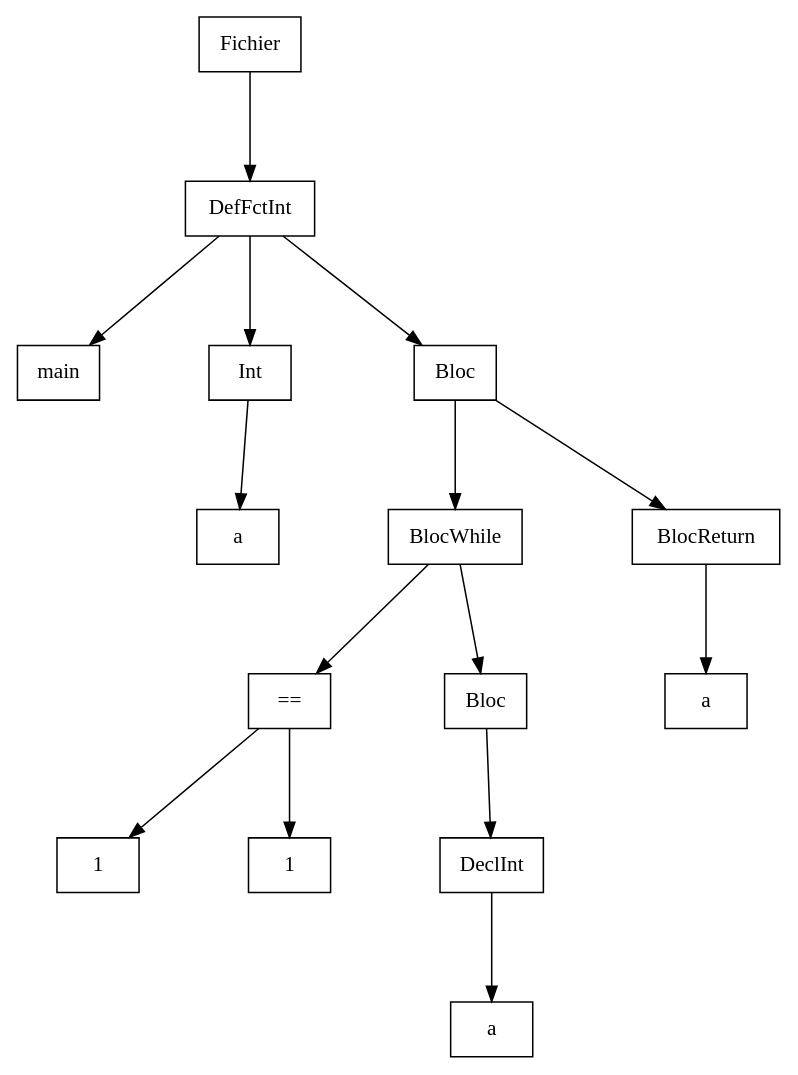
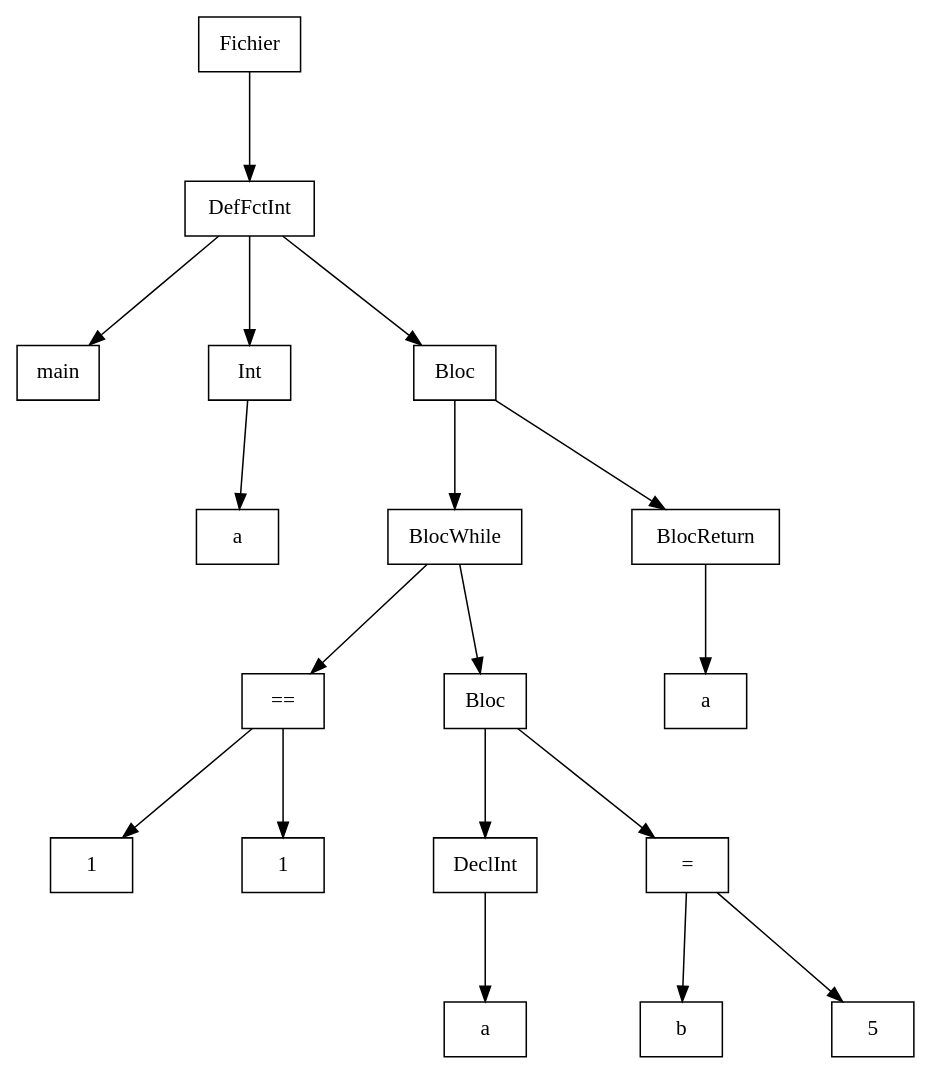
Before and after one commit to Hamza-ABDOULHOUSSEN/compil: the diagram in Code/out/ast/dot/Test_Erreur_Semantique/var_non_def4Y.dot, drawn with Graphviz. The commit also changed 51 other files, not shown here.

```diff
--- a/Code/out/ast/dot/Test_Erreur_Semantique/var_non_def4Y.dot
+++ b/Code/out/ast/dot/Test_Erreur_Semantique/var_non_def4Y.dot
@@ -1,36 +1,42 @@
 digraph "ast"{
 
 	nodesep=1;
 	ranksep=1;
 
 	N0 [label="Fichier", shape="box"];
 	N1 [label="DefFctInt", shape="box"];
 	N2 [label="main", shape="box"];
 	N3 [label="Int", shape="box"];
 	N4 [label="a", shape="box"];
 	N5 [label="Bloc", shape="box"];
 	N6 [label="BlocWhile", shape="box"];
 	N7 [label="==", shape="box"];
 	N8 [label="1", shape="box"];
 	N9 [label="1", shape="box"];
 	N10 [label="Bloc", shape="box"];
 	N11 [label="DeclInt", shape="box"];
 	N12 [label="a", shape="box"];
-	N13 [label="BlocReturn", shape="box"];
-	N14 [label="a", shape="box"];
+	N13 [label="=", shape="box"];
+	N14 [label="b", shape="box"];
+	N15 [label="5", shape="box"];
+	N16 [label="BlocReturn", shape="box"];
+	N17 [label="a", shape="box"];
 
 	N1 -> N2; 
 	N3 -> N4; 
 	N1 -> N3; 
 	N7 -> N8; 
 	N7 -> N9; 
 	N6 -> N7; 
 	N11 -> N12; 
 	N10 -> N11; 
+	N13 -> N14; 
+	N13 -> N15; 
+	N10 -> N13; 
 	N6 -> N10; 
 	N5 -> N6; 
-	N13 -> N14; 
-	N5 -> N13; 
+	N16 -> N17; 
+	N5 -> N16; 
 	N1 -> N5; 
 	N0 -> N1; 
 }
```
